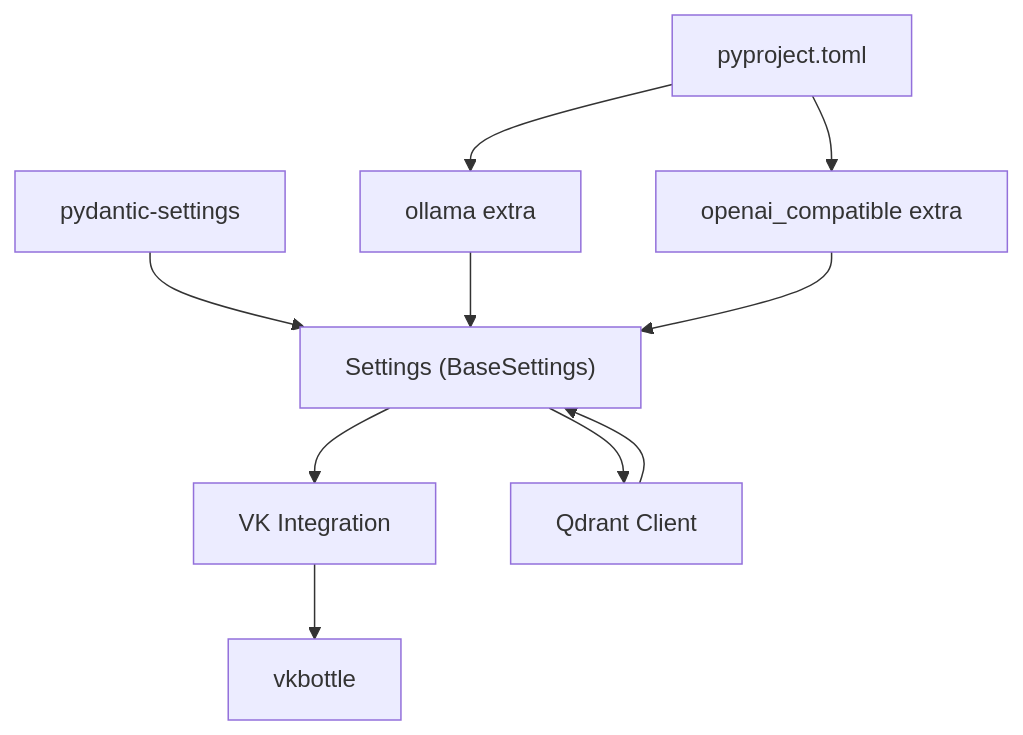
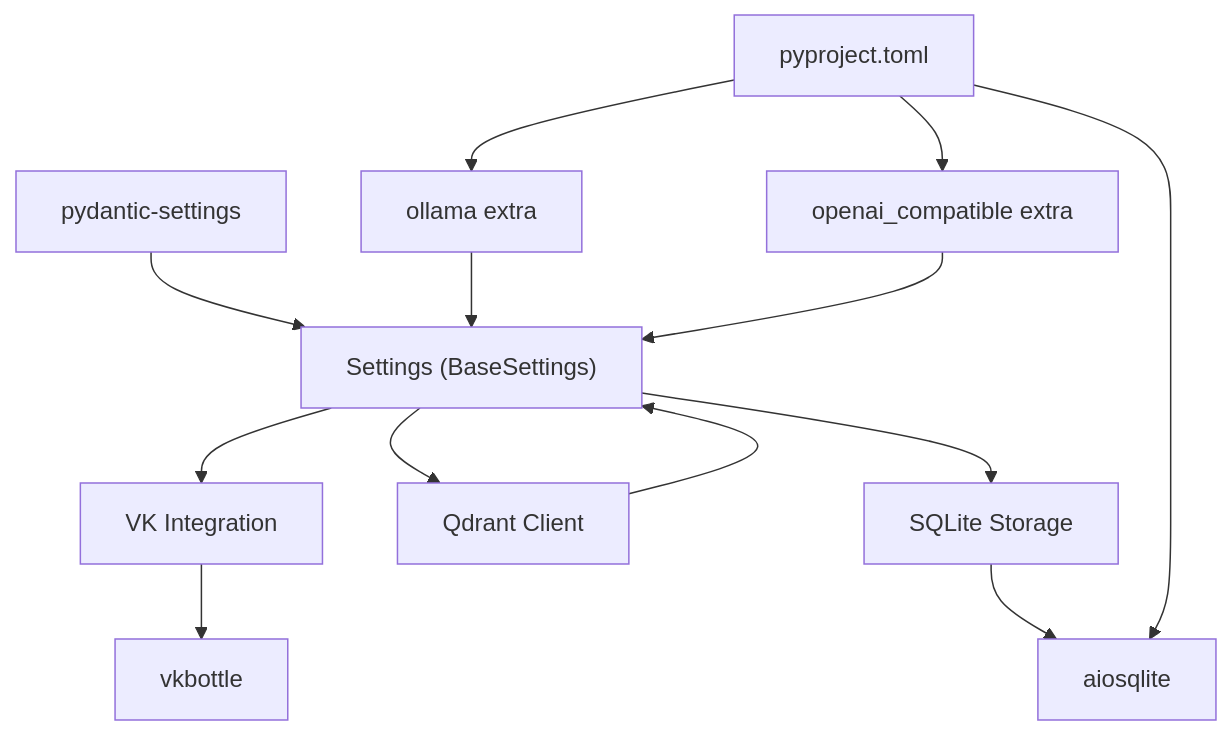
Before and after one commit to ognelis/cafetera_hr_bot: the sixth of 7 diagrams in .qoder/repowiki/en/content/Configuration Management.md, drawn with Mermaid. The commit also changed other lines of this file and 9 other files, not shown here.

````diff
--- a/.qoder/repowiki/en/content/Configuration Management.md
+++ b/.qoder/repowiki/en/content/Configuration Management.md
@@ -228,20 +246,25 @@
 ```mermaid
 graph TB
 Settings["Settings (BaseSettings)"]
 Pydantic["pydantic-settings"]
 VKIntegration["VK Integration"]
 VKLib["vkbottle"]
 Qdrant["Qdrant Client"]
+SQLite["SQLite Storage"]
+Aiosqlite["aiosqlite"]
 OllamaExtra["ollama extra"]
 OpenAIExtra["openai_compatible extra"]
 Pyproject["pyproject.toml"]
 Pydantic --> Settings
 Settings --> VKIntegration
 Settings --> Qdrant
+Settings --> SQLite
 VKIntegration --> VKLib
 Qdrant --> Settings
+SQLite --> Aiosqlite
 OllamaExtra --> Settings
 OpenAIExtra --> Settings
 Pyproject --> OllamaExtra
 Pyproject --> OpenAIExtra
+Pyproject --> Aiosqlite
 ```
````
